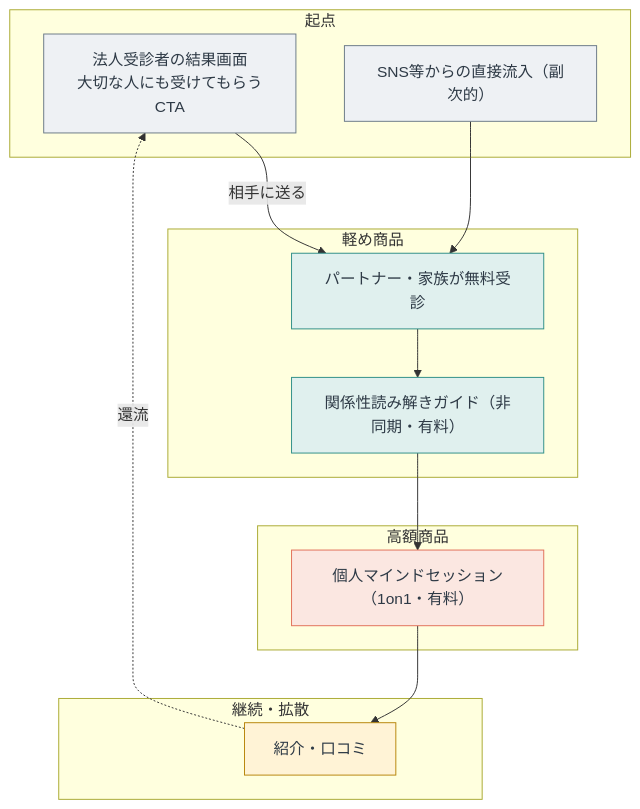
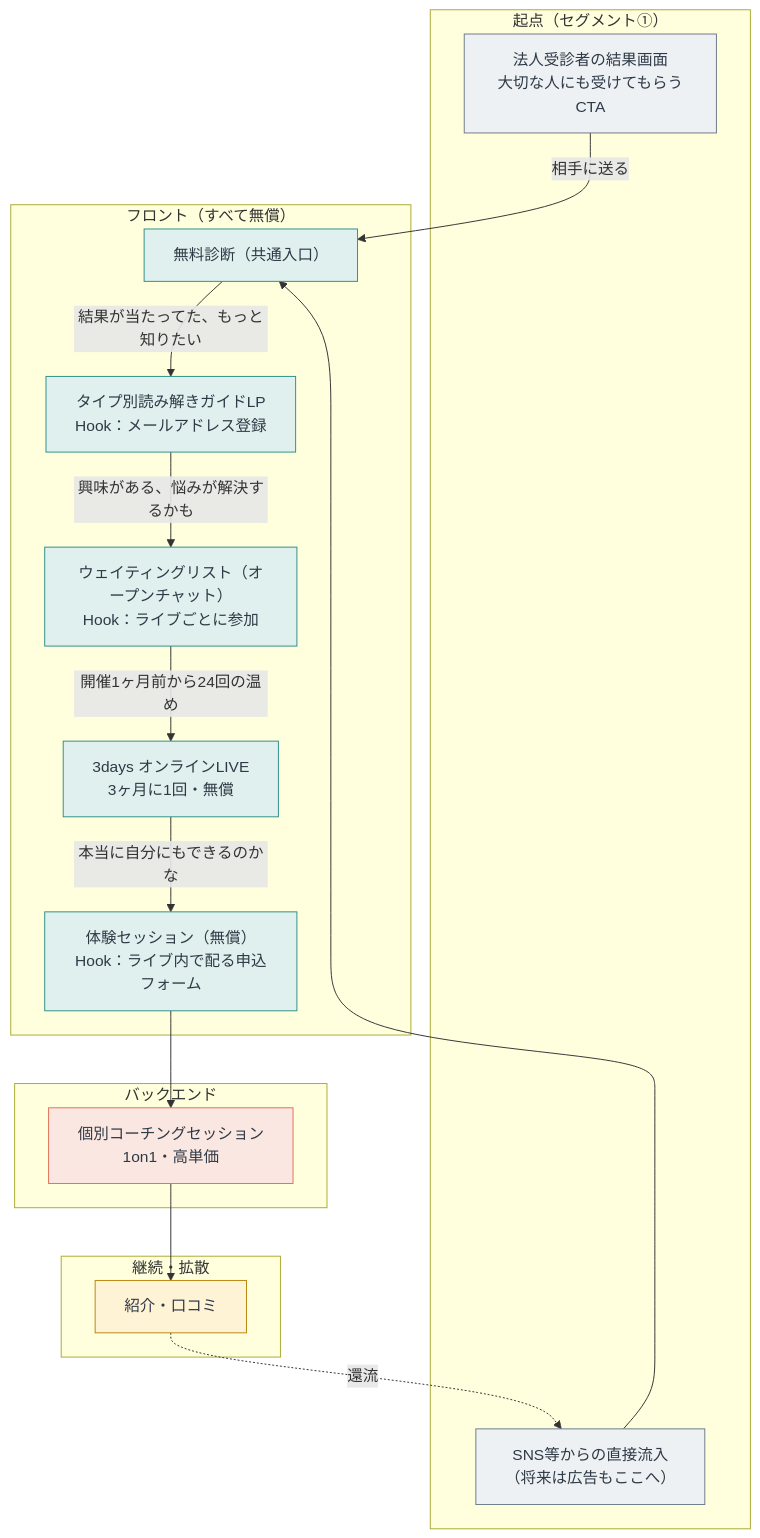
The third of 4 diagrams in ファネル図.md (yuki-b4/work-relation-quiz), drawn with Mermaid before and after one commit. The commit also changed other lines of this file and 1 other file, not shown here.

Commit message:
個人（toC）ファネルをライブ経由の新スキームに変更（セグメント①専用）
有償フロント（関係性読み解きガイド）を置かず、無償フロントで信頼をつくって
バックエンドの個別コーチングで回収する構造に変更する。ライトな一般層には
ステップメール配信が重いため、無償フロントをライブ形式にした。

新ルート（セグメント①一般・将来の広告もここへ）:
  診断 → タイプ別読み解きガイドLP（メール登録）→ ウェイティングリスト
  → 3days オンラインLIVE（3ヶ月に1回・無償）→ 体験セッション（無償）
  → 個別コーチングセッション

- ファネル図.md：商品体系の個人行をフロント／バックエンドに再定義。
  toC波及ファネルを新ルートに差し替え、運用ルール（主リストはメール、
  オープンチャットはライブごとに用意、開催1ヶ月前から8タイプ×3回＝24回の
  温め、LPに次回開催日を明示）と、有償フロントを置かない理由を明記。
  設計原則にセグメント別ルートの原則を追加
- guide-3day-spec.md：適用セグメントを②紹介向けと明記（①には配信しない）。
  文面24本・配信ロジックの仕様自体は変更せず温存

Claude-Session: https://claude.ai/code/session_01Cb8fo114fTpQb2neq3493r

````diff
--- a/ファネル図.md
+++ b/ファネル図.md
@@ -100,28 +104,35 @@
 ```mermaid
 flowchart TD
-  subgraph CSRC["起点"]
+  subgraph CSRC["起点（セグメント①）"]
     C1["法人受診者の結果画面<br/>大切な人にも受けてもらうCTA"]
-    C2["SNS等からの直接流入（副次的）"]
+    C2["SNS等からの直接流入<br/>（将来は広告もここへ）"]
   end
-  subgraph CLIGHT["軽め商品"]
-    C3["パートナー・家族が無料受診"]
-    C4["関係性読み解きガイド（非同期・有料）"]
+  subgraph CFREE["フロント（すべて無償）"]
+    C3["無料診断（共通入口）"]
+    C4["タイプ別読み解きガイドLP<br/>Hook：メールアドレス登録"]
+    C5["ウェイティングリスト（オープンチャット）<br/>Hook：ライブごとに参加"]
+    C6["3days オンラインLIVE<br/>3ヶ月に1回・無償"]
+    C7["体験セッション（無償）<br/>Hook：ライブ内で配る申込フォーム"]
   end
-  subgraph CPREM["高額商品"]
-    C5["個人マインドセッション（1on1・有料）"]
+  subgraph CBACK["バックエンド"]
+    C8["個別コーチングセッション<br/>1on1・高単価"]
   end
   subgraph CRET["継続・拡散"]
-    C6["紹介・口コミ"]
+    C9["紹介・口コミ"]
   end
 
   C1 -->|"相手に送る"| C3
   C2 --> C3
-  C3 --> C4 --> C5 --> C6
-  C6 -.->|"還流"| C1
+  C3 -->|"結果が当たってた、もっと知りたい"| C4
+  C4 -->|"興味がある、悩みが解決するかも"| C5
+  C5 -->|"開催1ヶ月前から24回の温め"| C6
+  C6 -->|"本当に自分にもできるのかな"| C7
+  C7 --> C8 --> C9
+  C9 -.->|"還流"| C2
 
   classDef src fill:#EEF1F4,stroke:#6B7A87,color:#2E3A46;
-  classDef light fill:#E0F0EE,stroke:#2F8F88,color:#2E3A46;
-  classDef prem fill:#FBE7E1,stroke:#E2705A,color:#2E3A46;
+  classDef free fill:#E0F0EE,stroke:#2F8F88,color:#2E3A46;
+  classDef back fill:#FBE7E1,stroke:#E2705A,color:#2E3A46;
   classDef ret fill:#FFF3D6,stroke:#B8860B,color:#2E3A46;
-  class C1,C2 src; class C3,C4 light; class C5 prem; class C6 ret;
+  class C1,C2 src; class C3,C4,C5,C6,C7 free; class C8 back; class C9 ret;
 ```
````
